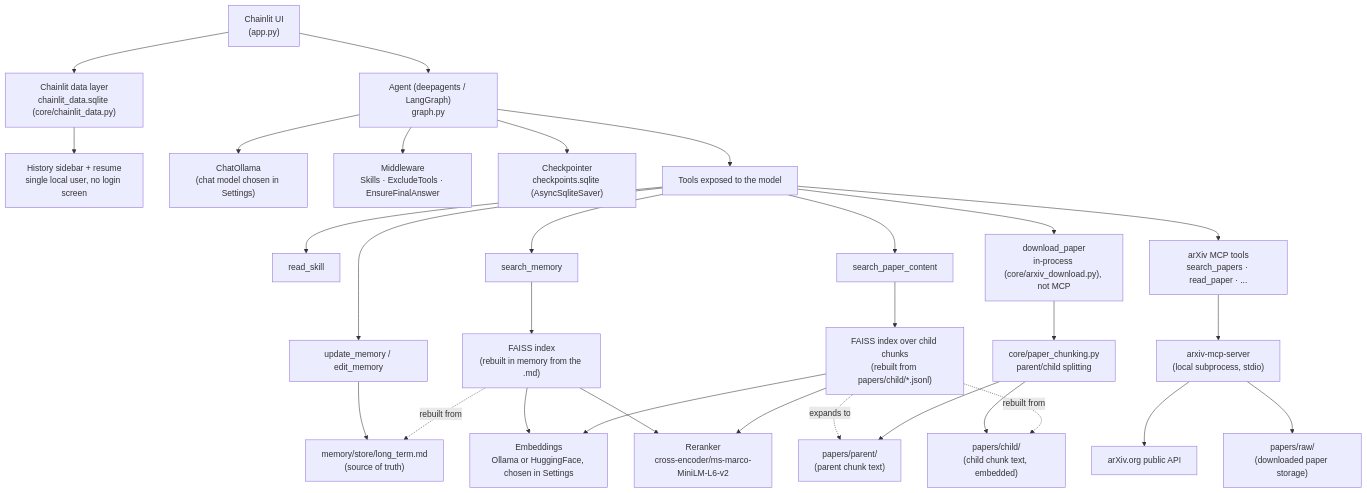
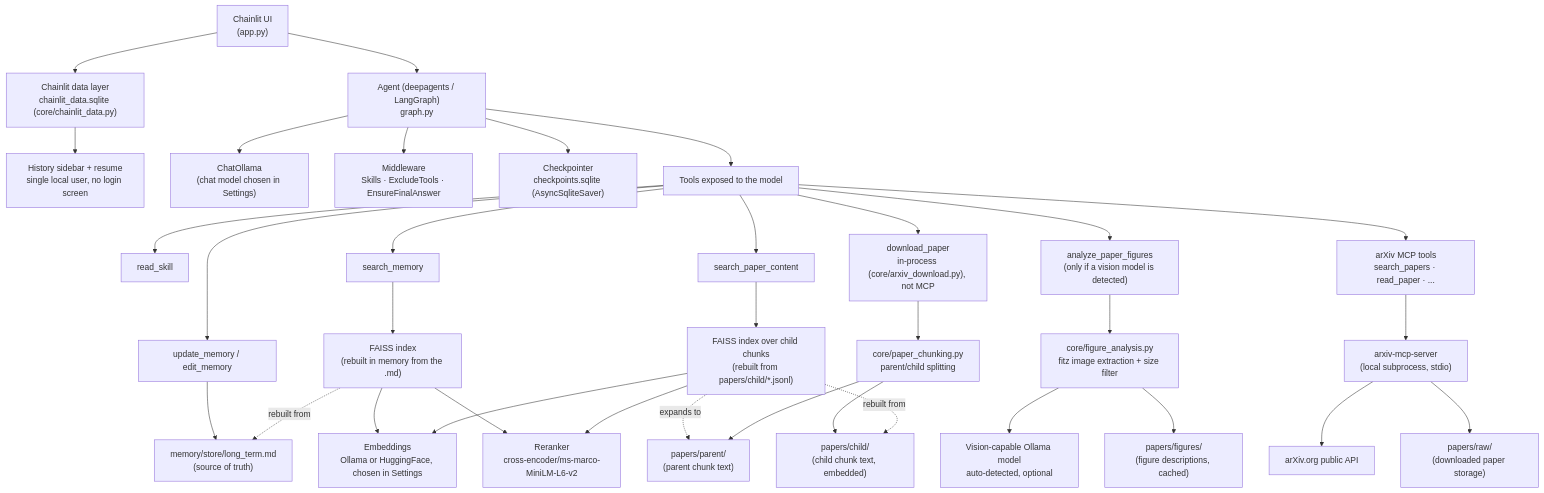
The diagram in README.md (nathanielcr96/AInstein-Local-Research-Agent), drawn with Mermaid before and after one commit. The commit also changed other lines of this file and 29 other files, not shown here.

````diff
--- a/README.md
+++ b/README.md
@@ -81,39 +89,44 @@
 ```mermaid
 flowchart TD
     UI["Chainlit UI<br/>(app.py)"] --> Agent["Agent (deepagents / LangGraph)<br/>graph.py"]
     UI --> DataLayer["Chainlit data layer<br/>chainlit_data.sqlite (core/chainlit_data.py)"]
     DataLayer --> History["History sidebar + resume<br/>single local user, no login screen"]
 
     Agent --> LLM["ChatOllama<br/>(chat model chosen in Settings)"]
     Agent --> MW["Middleware<br/>Skills · ExcludeTools · EnsureFinalAnswer"]
     Agent --> CKPT["Checkpointer<br/>checkpoints.sqlite (AsyncSqliteSaver)"]
 
     Agent --> Tools["Tools exposed to the model"]
     Tools --> ReadSkill["read_skill"]
     Tools --> UpdateMem["update_memory / edit_memory"]
     Tools --> SearchMem["search_memory"]
     Tools --> SearchPaperContent["search_paper_content"]
+    Tools --> AnalyzeFigures["analyze_paper_figures<br/>(only if a vision model is detected)"]
     Tools --> ArxivTools["arXiv MCP tools<br/>search_papers · read_paper · ..."]
     Tools --> CustomDownload["download_paper<br/>in-process (core/arxiv_download.py), not MCP"]
 
     SearchMem --> FAISS["FAISS index<br/>(rebuilt in memory from the .md)"]
     FAISS --> Embeddings["Embeddings<br/>Ollama or HuggingFace, chosen in Settings"]
     FAISS --> Reranker["Reranker<br/>cross-encoder/ms-marco-MiniLM-L6-v2"]
 
     SearchPaperContent --> ChildFAISS["FAISS index over child chunks<br/>(rebuilt from papers/child/*.jsonl)"]
     ChildFAISS --> Embeddings
     ChildFAISS --> Reranker
     ChildFAISS -. expands to .-> ParentDir["papers/parent/<br/>(parent chunk text)"]
 
     UpdateMem --> MDFile["memory/store/long_term.md<br/>(source of truth)"]
     FAISS -. rebuilt from .-> MDFile
 
     CustomDownload --> Chunking["core/paper_chunking.py<br/>parent/child splitting"]
     Chunking --> ParentDir
     Chunking --> ChildDir["papers/child/<br/>(child chunk text, embedded)"]
     ChildFAISS -. rebuilt from .-> ChildDir
 
+    AnalyzeFigures --> FigureExtract["core/figure_analysis.py<br/>fitz image extraction + size filter"]
+    FigureExtract --> VisionModel["Vision-capable Ollama model<br/>auto-detected, optional"]
+    FigureExtract --> FiguresDir["papers/figures/<br/>(figure descriptions, cached)"]
+
     ArxivTools --> MCP["arxiv-mcp-server<br/>(local subprocess, stdio)"]
     MCP --> ArxivAPI["arXiv.org public API"]
     MCP --> PapersDir["papers/raw/<br/>(downloaded paper storage)"]
 ```
````
